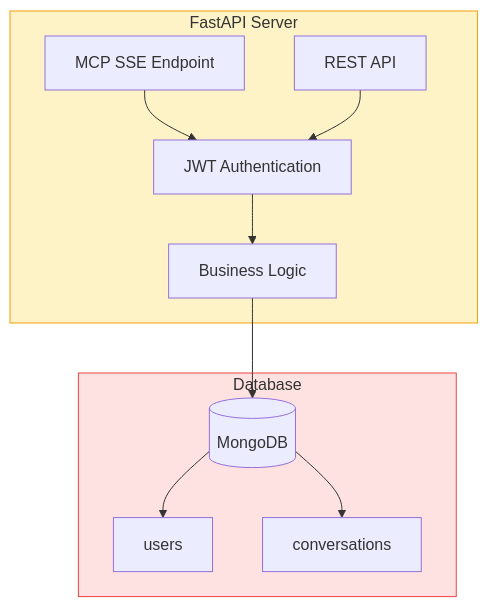
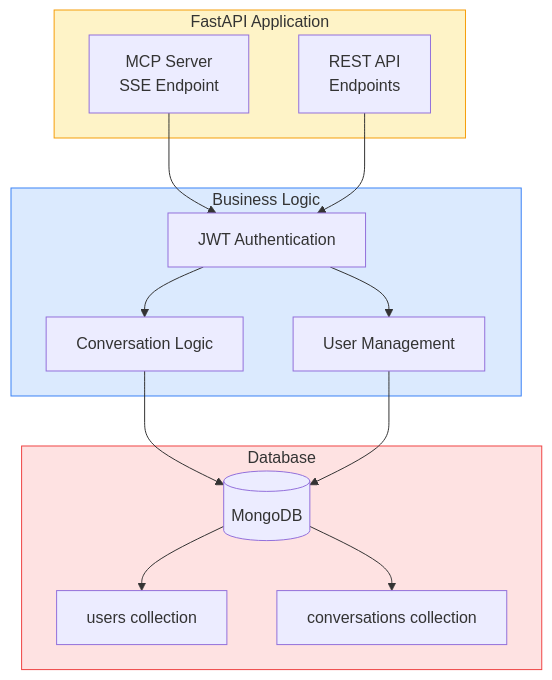
The seventh of 15 diagrams in ARCHITECTURE_SIMPLE.md (xpdlf1004/pensieve-mcp), drawn with Mermaid before and after one commit. The commit also changed other lines of this file, not shown here.

Commit message:
Add architecture.

````diff
--- a/ARCHITECTURE_SIMPLE.md
+++ b/ARCHITECTURE_SIMPLE.md
@@ -139,25 +148,32 @@
 ```mermaid
 graph TB
-    subgraph API["FastAPI Server"]
-        MCP[MCP SSE Endpoint]
-        REST[REST API]
+    subgraph API["FastAPI Application"]
+        MCP[MCP Server<br/>SSE Endpoint]
+        REST[REST API<br/>Endpoints]
+    end
+
+    subgraph Logic["Business Logic"]
         Auth[JWT Authentication]
-        Logic[Business Logic]
+        Conv[Conversation Logic]
+        User[User Management]
     end
 
     subgraph DB["Database"]
         MongoDB[(MongoDB)]
-        Users[users]
-        Convs[conversations]
+        Users[users collection]
+        Convs[conversations collection]
     end
 
     MCP --> Auth
     REST --> Auth
-    Auth --> Logic
-    Logic --> MongoDB
+    Auth --> Conv
+    Auth --> User
+    Conv --> MongoDB
+    User --> MongoDB
     MongoDB --> Users
     MongoDB --> Convs
 
     style API fill:#fef3c7,stroke:#f59e0b
+    style Logic fill:#dbeafe,stroke:#3b82f6
     style DB fill:#fee2e2,stroke:#ef4444
 ```
````
